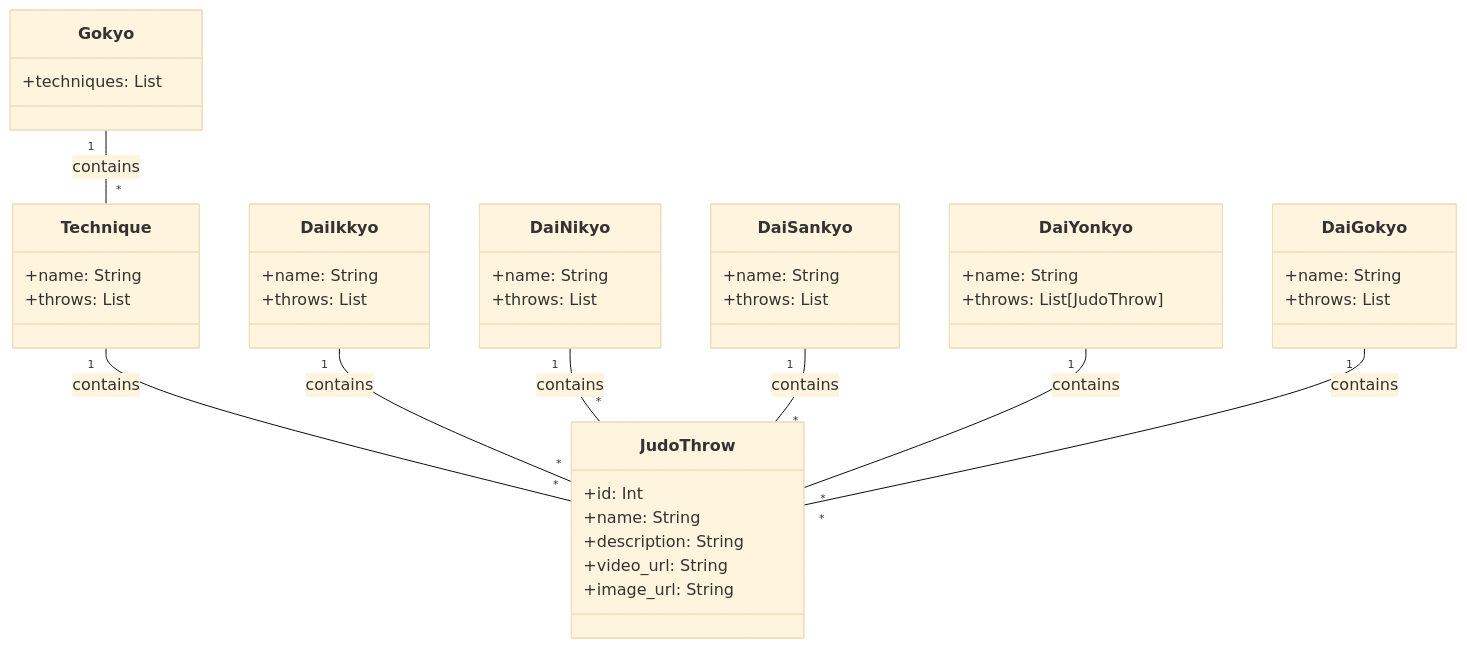
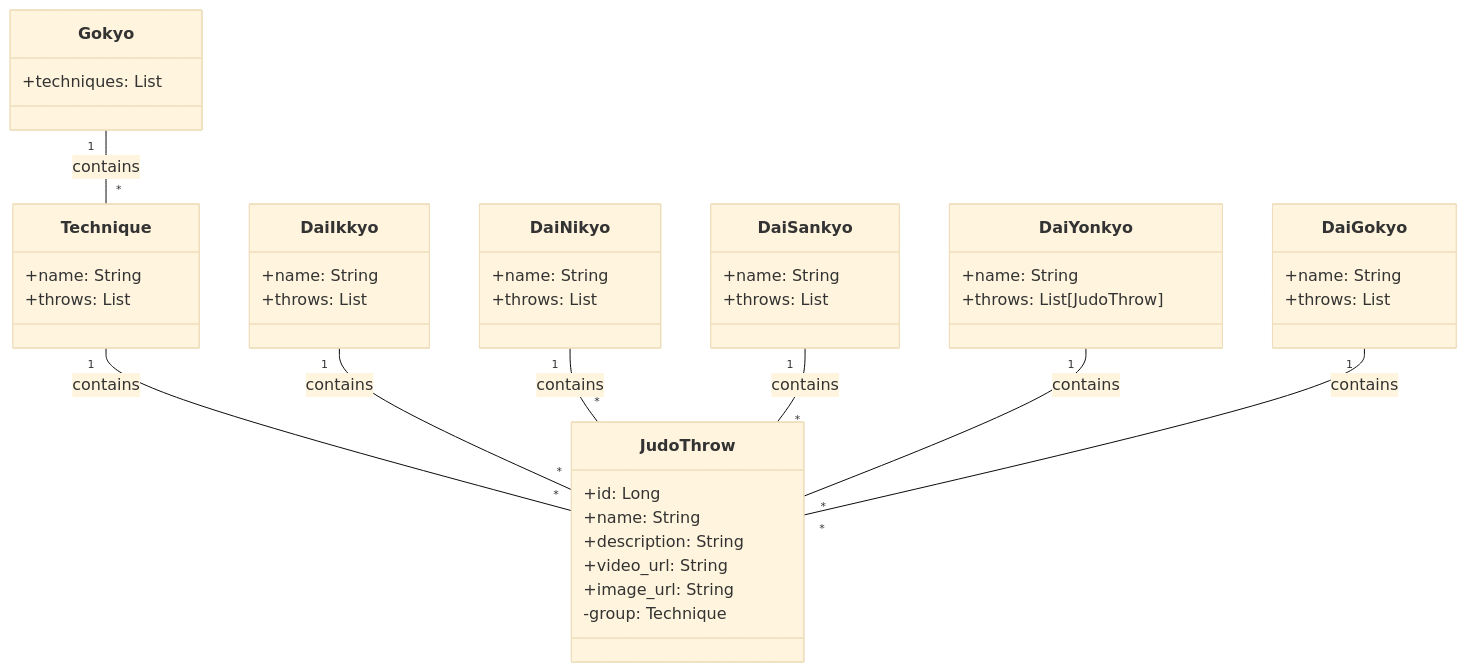
Before and after one commit to ThiagoMarques/judo-techniques: the diagram in README.md, drawn with Mermaid (base theme).

````diff
--- a/README.md
+++ b/README.md
@@ -5,53 +5,54 @@
 ```mermaid
 classDiagram
 
 class Gokyo {
     +techniques: List<Technique>
 }
 
 class Technique {
     +name: String
     +throws: List<JudoThrow>
 }
 
 class DaiIkkyo {
     +name: String
     +throws: List<JudoThrow>
 }
 
 class DaiNikyo {
     +name: String
     +throws: List<JudoThrow>
 }
 
 class DaiSankyo {
     +name: String
     +throws: List<JudoThrow>
 }
 
 class DaiYonkyo {
     +name: String
     +throws: List[JudoThrow]
 }
 
 class DaiGokyo {
     +name: String
     +throws: List<JudoThrow>
 }
 
-class JudoThrow {
-    +id: Int
+  class JudoThrow {
+    +id: Long
     +name: String
     +description: String
     +video_url: String
     +image_url: String
-}
+    -group: Technique
+  }
 
 Gokyo "1" -- "*" Technique : contains
 Technique "1" -- "*" JudoThrow : contains
 DaiIkkyo "1" -- "*" JudoThrow : contains
 DaiNikyo "1" -- "*" JudoThrow : contains
 DaiSankyo "1" -- "*" JudoThrow : contains
 DaiYonkyo "1" -- "*" JudoThrow : contains
 DaiGokyo "1" -- "*" JudoThrow : contains
 ```
````
